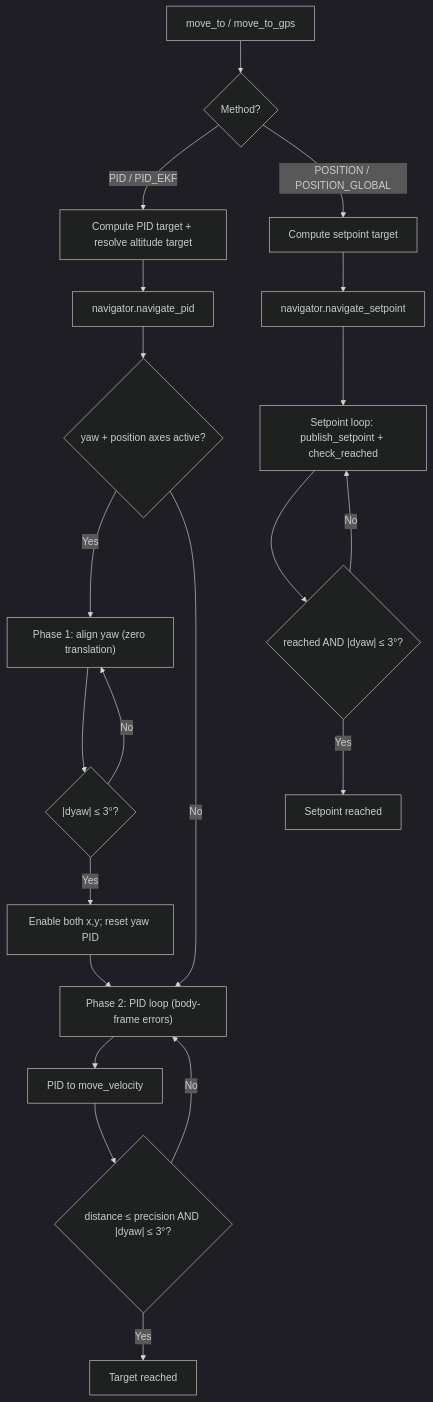
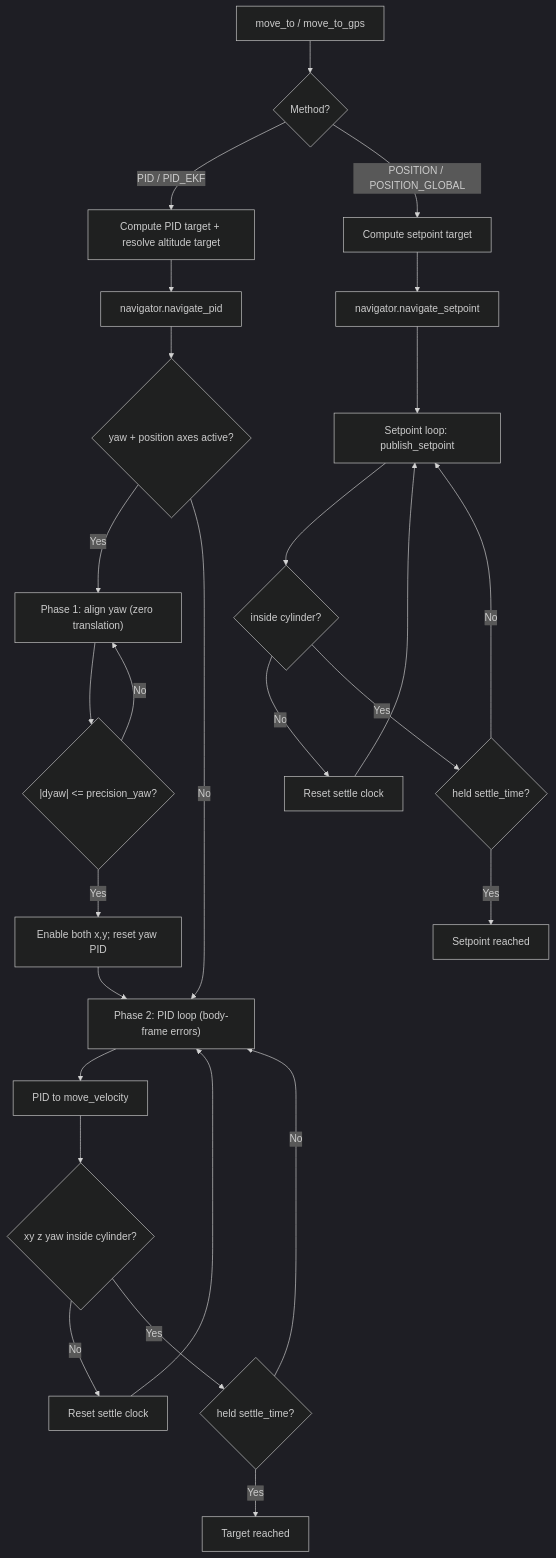
One commit to Black-Bee-Drones/nectar-sdk changed the fifth of 5 diagrams in nectar/nectar/control/vehicle/README.md. Above: the diagram before and after it, drawn with Mermaid (dark theme). The commit also changed other lines of this file and 17 other files, not shown here.

Commit message:
feat(control): add separated z and yaw precision and settle time verification

````diff
--- a/nectar/nectar/control/vehicle/README.md
+++ b/nectar/nectar/control/vehicle/README.md
@@ -383,23 +384,27 @@
 ```mermaid
 flowchart TD
     A["move_to / move_to_gps"] --> B{"Method?"}
     B -->|PID / PID_EKF| C["Compute PID target + resolve altitude target"]
     B -->|POSITION / POSITION_GLOBAL| D["Compute setpoint target"]
     C --> F["navigator.navigate_pid"]
     D --> G["navigator.navigate_setpoint"]
     F --> yawCheck{"yaw + position axes active?"}
     yawCheck -->|Yes| yawPhase["Phase 1: align yaw (zero translation)"]
-    yawPhase --> yawDone{"|dyaw| ≤ 3°?"}
+    yawPhase --> yawDone{"|dyaw| <= precision_yaw?"}
     yawDone -->|No| yawPhase
     yawDone -->|Yes| enableXY["Enable both x,y; reset yaw PID"]
     enableXY --> H["Phase 2: PID loop (body-frame errors)"]
     yawCheck -->|No| H
     H --> L["PID to move_velocity"]
-    L --> conv{"distance ≤ precision AND |dyaw| ≤ 3°?"}
-    conv -->|No| H
-    conv -->|Yes| donePID["Target reached"]
-    G --> I["Setpoint loop: publish_setpoint + check_reached"]
-    I --> convSP{"reached AND |dyaw| ≤ 3°?"}
-    convSP -->|No| I
-    convSP -->|Yes| doneSP["Setpoint reached"]
+    L --> conv{"xy z yaw inside cylinder?"}
+    conv -->|No| resetSettle["Reset settle clock"] --> H
+    conv -->|Yes| dwell{"held settle_time?"}
+    dwell -->|No| H
+    dwell -->|Yes| donePID["Target reached"]
+    G --> I["Setpoint loop: publish_setpoint"]
+    I --> convSP{"inside cylinder?"}
+    convSP -->|No| resetSP["Reset settle clock"] --> I
+    convSP -->|Yes| dwellSP{"held settle_time?"}
+    dwellSP -->|No| I
+    dwellSP -->|Yes| doneSP["Setpoint reached"]
 ```
````
